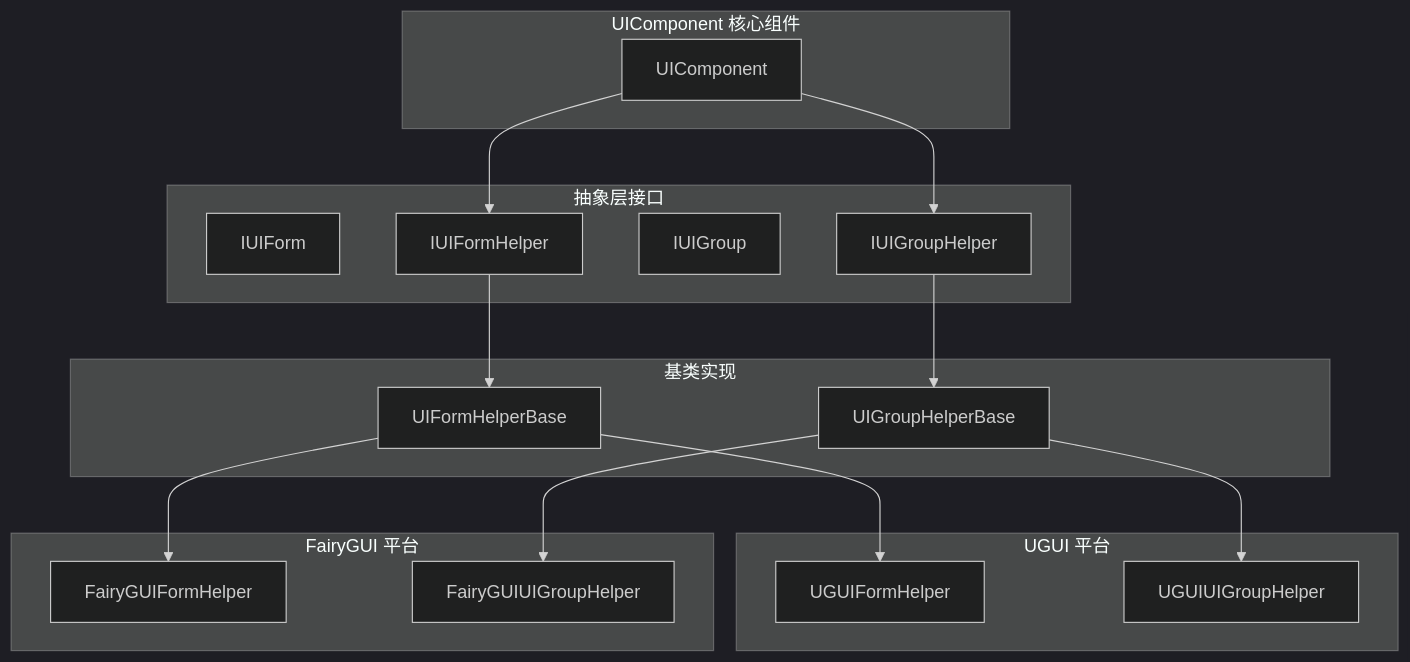
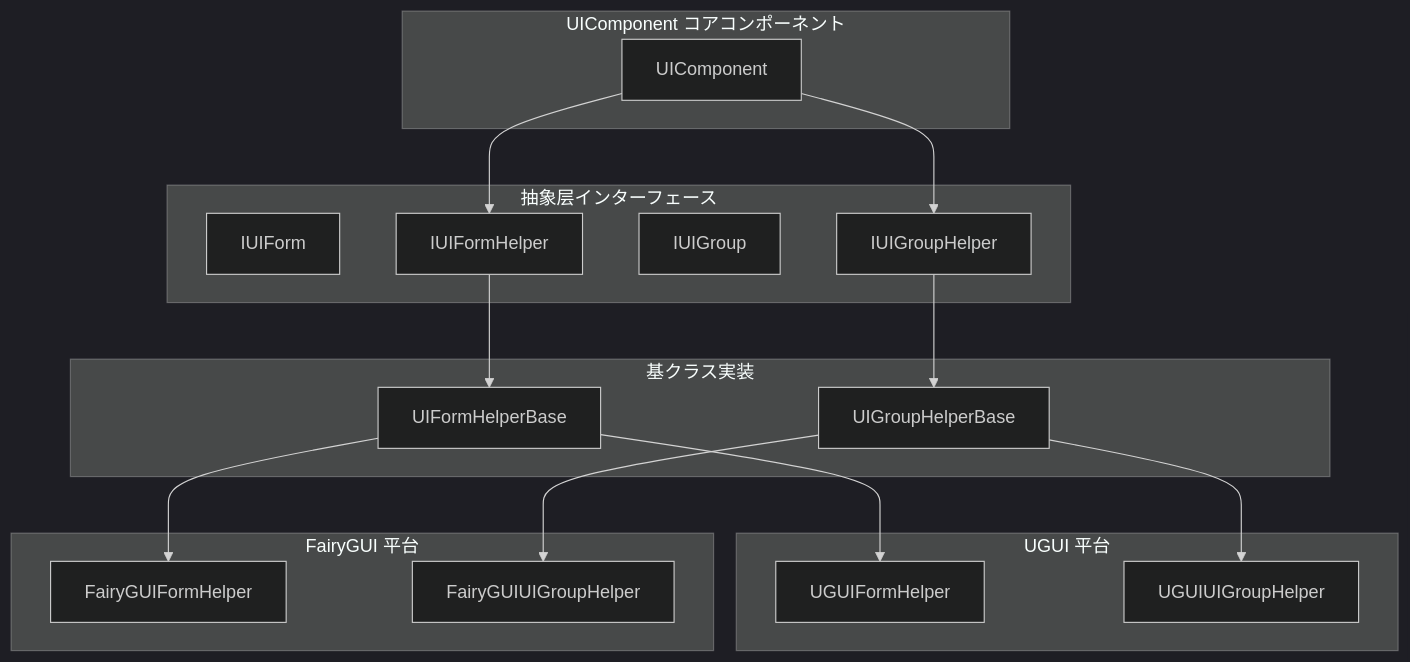
One commit to AlianBlank/GameFrameX.Docs changed the first of 2 diagrams in docs/ja/client/unity/component/ui/16.platforms.md. Above: the diagram before and after it, drawn with Mermaid (dark theme). The commit also changed other lines of this file and 603 other files, not shown here.

````diff
--- a/docs/ja/client/unity/component/ui/16.platforms.md
+++ b/docs/ja/client/unity/component/ui/16.platforms.md
@@ -18,37 +18,37 @@
 ```mermaid
 graph TB
-    subgraph UIComponent["UIComponent 核心组件"]
+    subgraph UIComponent["UIComponent コアコンポーネント"]
         UIComp[UIComponent]
     end
 
-    subgraph AbstractLayer["抽象层接口"]
+    subgraph AbstractLayer["抽象层インターフェース"]
         IUF[IUIForm]
         IUFH[IUIFormHelper]
         IUG[IUIGroup]
         IUGH[IUIGroupHelper]
     end
 
-    subgraph BaseClass["基类实现"]
+    subgraph BaseClass["基クラス実装"]
         UFHB[UIFormHelperBase]
         UGHB[UIGroupHelperBase]
     end
 
     subgraph UGUI["UGUI 平台"]
         UGUIF[UGUIFormHelper]
         UGUIG[UGUIUIGroupHelper]
     end
 
     subgraph FairyGUI["FairyGUI 平台"]
         FGIF[FairyGUIFormHelper]
         FGIG[FairyGUIUIGroupHelper]
     end
 
     UIComp --> IUFH
     UIComp --> IUGH
     IUFH --> UFHB
     IUGH --> UGHB
     UFHB --> UGUIF
     UFHB --> FGIF
     UGHB --> UGUIG
     UGHB --> FGIG
 ```
````
